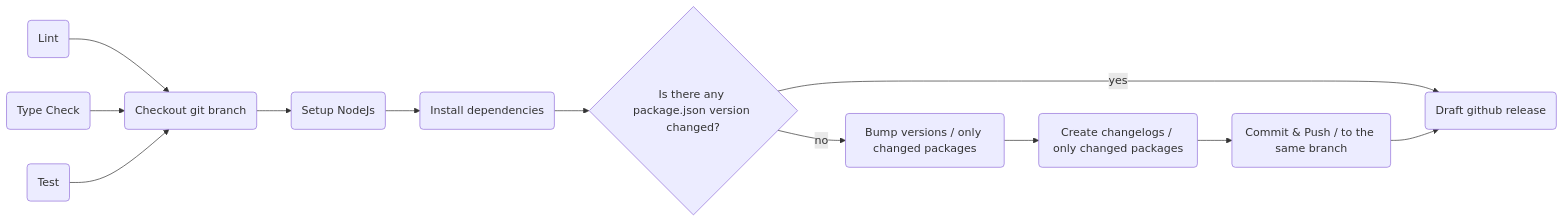
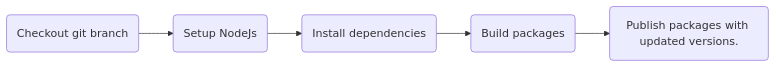
The third of 3 diagrams in README.md (boonya/ts-monorepo-playground), drawn with Mermaid before and after one commit. The commit also changed other lines of this file and 3 other files, not shown here.

````diff
--- a/README.md
+++ b/README.md
@@ -7,15 +30,8 @@
 ```mermaid
 flowchart LR
 
-A(Lint) --> D
-B(Type Check) --> D
-C(Test) --> D(Checkout git branch)
-D --> E(Setup NodeJs)
-E --> F(Install dependencies)
-F --> G{Is there any package.json version changed?}
-G --> |no|H(Bump versions / only changed packages)
-H --> I(Create changelogs / only changed packages)
-I --> J(Commit & Push / to the same branch)
-G --> |yes|K(Draft github release)
-J --> K
+A(Checkout git branch) --> B(Setup NodeJs)
+B --> C(Install dependencies)
+C --> D(Build packages)
+D --> E(Publish packages with updated versions.)
 ```
````
